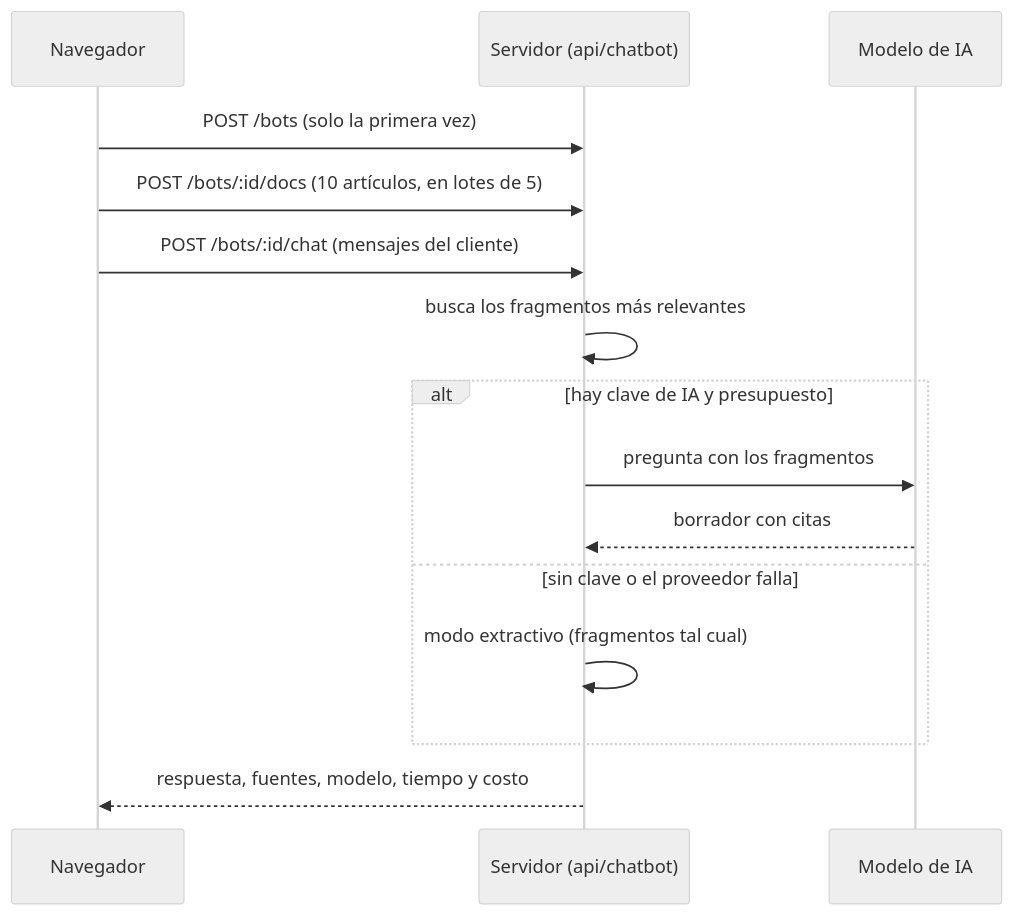
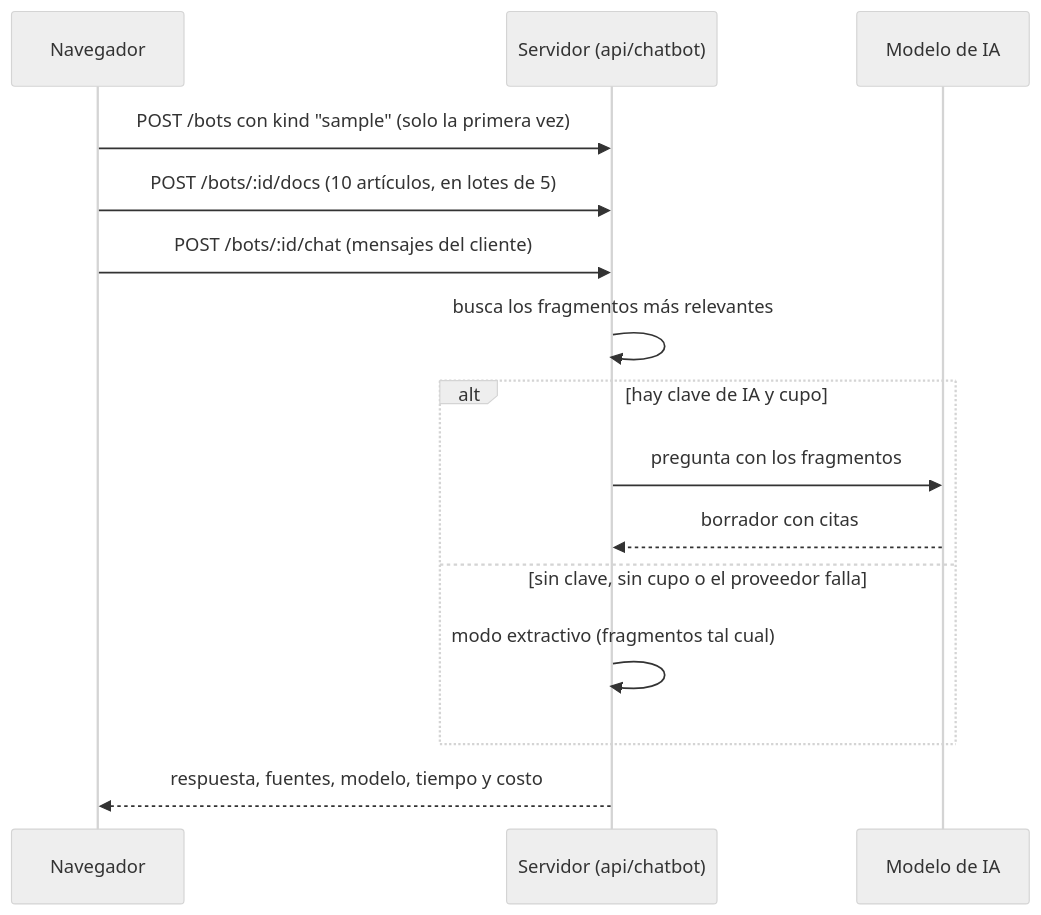
Before and after one commit to ronalc90/koptup: the second of 2 diagrams in docs/wiki/Guia-Demo-helpdesk-ia.md, drawn with Mermaid (neutral theme). The commit also changed other lines of this file and 29 other files, not shown here.

````diff
--- a/docs/wiki/Guia-Demo-helpdesk-ia.md
+++ b/docs/wiki/Guia-Demo-helpdesk-ia.md
@@ -254,17 +283,17 @@
 ```mermaid
 sequenceDiagram
     participant N as Navegador
     participant API as Servidor (api/chatbot)
     participant IA as Modelo de IA
-    N->>API: POST /bots (solo la primera vez)
+    N->>API: POST /bots con kind "sample" (solo la primera vez)
     N->>API: POST /bots/:id/docs (10 artículos, en lotes de 5)
     N->>API: POST /bots/:id/chat (mensajes del cliente)
     API->>API: busca los fragmentos más relevantes
-    alt hay clave de IA y presupuesto
+    alt hay clave de IA y cupo
         API->>IA: pregunta con los fragmentos
         IA-->>API: borrador con citas
-    else sin clave o el proveedor falla
+    else sin clave, sin cupo o el proveedor falla
         API->>API: modo extractivo (fragmentos tal cual)
     end
     API-->>N: respuesta, fuentes, modelo, tiempo y costo
 ```
````
